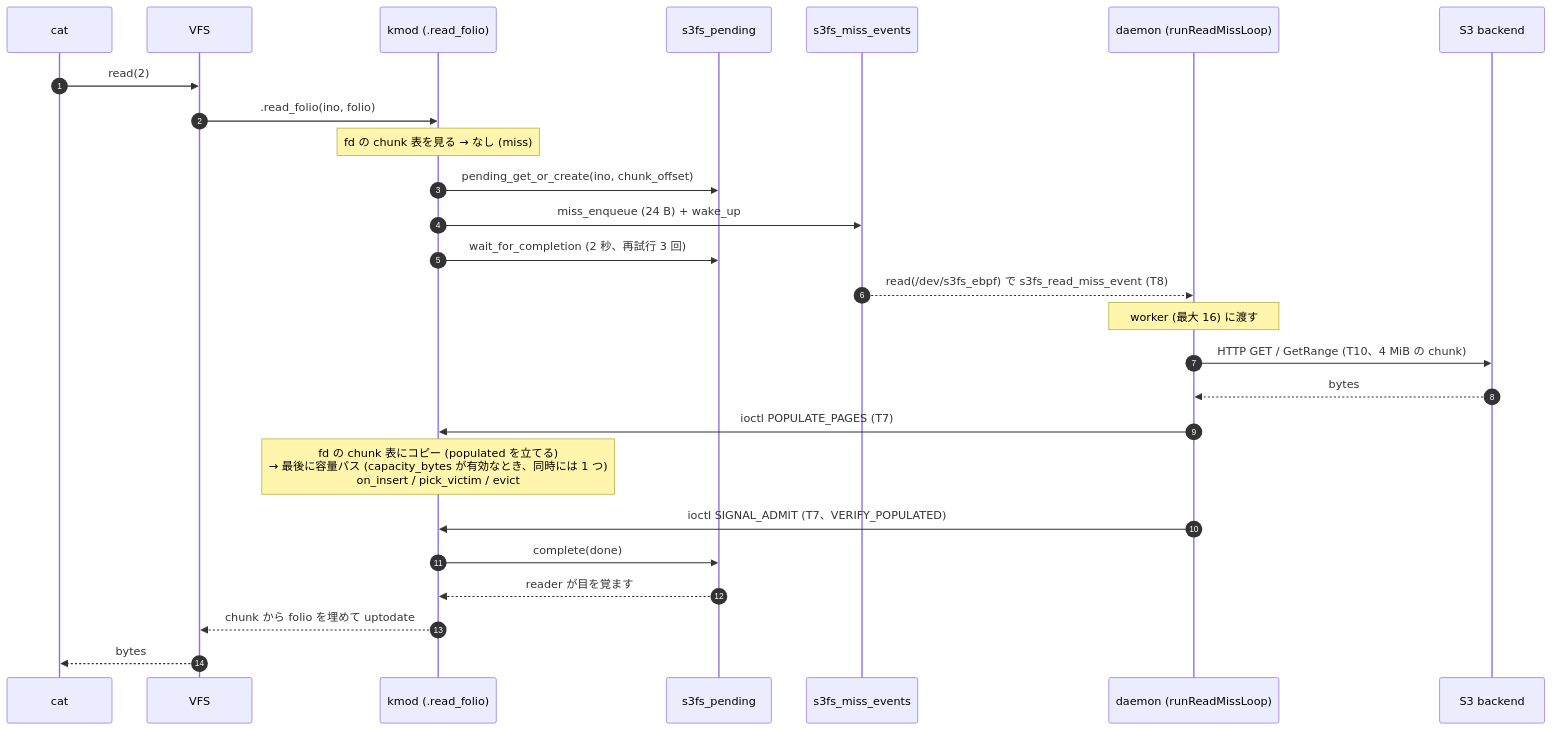
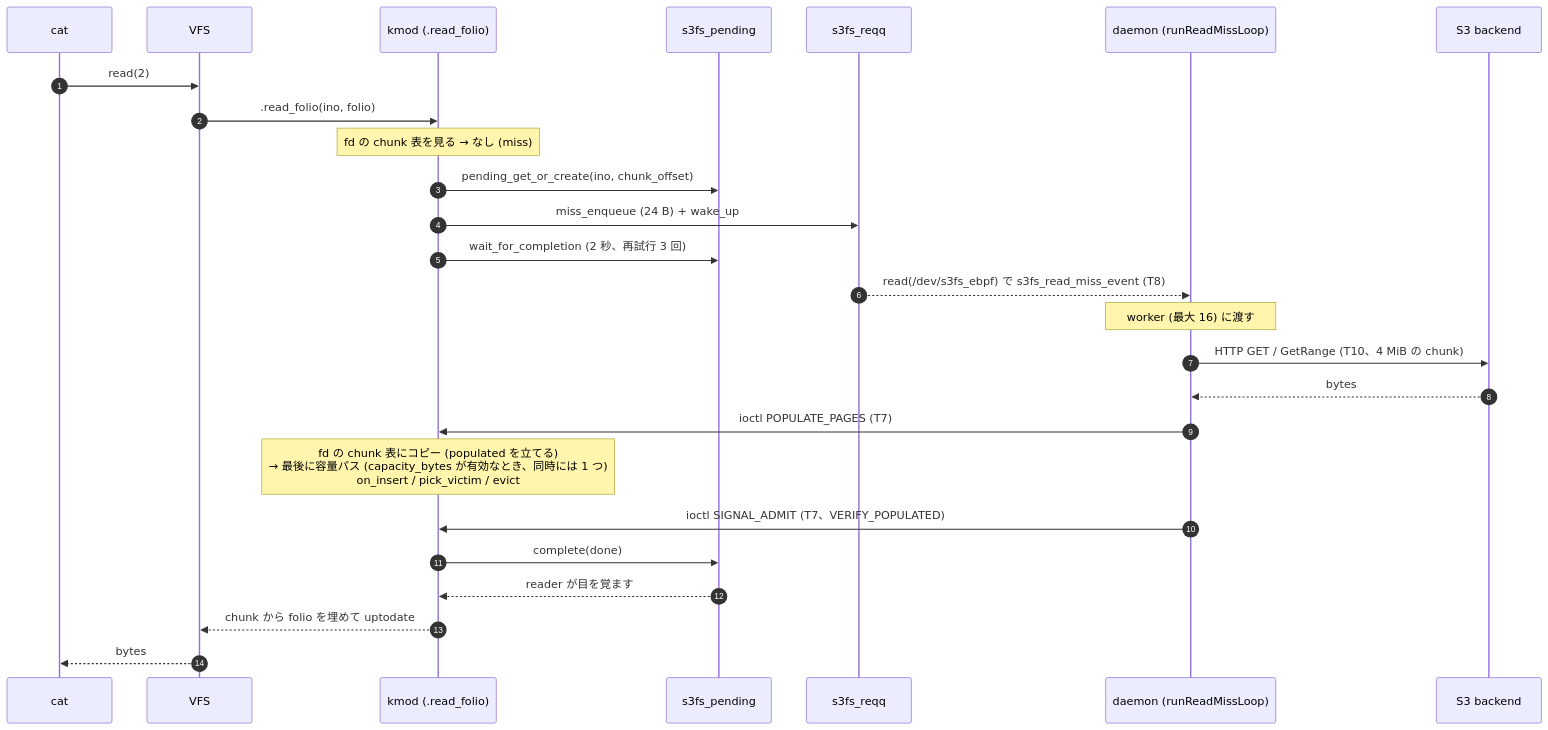
The second of 5 diagrams in docs/design/component-communication.md (masu-mi/s3fs-ebpf), drawn with Mermaid before and after one commit. The commit also changed other lines of this file and 26 other files, not shown here.

First line of the commit message:
v2 Phase 4 (part 2): one request queue (reqq) and one read(2) port for miss / flush / delete / rename

````diff
--- a/docs/design/component-communication.md
+++ b/docs/design/component-communication.md
@@ -158,29 +155,29 @@
 ```mermaid
 sequenceDiagram
     autonumber
     participant App as cat
     participant VFS as VFS
     participant Kmod as kmod (.read_folio)
     participant Pend as s3fs_pending
-    participant MQ as s3fs_miss_events
+    participant MQ as s3fs_reqq
     participant Daemon as daemon (runReadMissLoop)
     participant S3 as S3 backend
 
     App->>VFS: read(2)
     VFS->>Kmod: .read_folio(ino, folio)
     Note over Kmod: fd の chunk 表を見る → なし (miss)
     Kmod->>Pend: pending_get_or_create(ino, chunk_offset)
     Kmod->>MQ: miss_enqueue (24 B) + wake_up
     Kmod->>Pend: wait_for_completion (2 秒、再試行 3 回)
     MQ-->>Daemon: read(/dev/s3fs_ebpf) で s3fs_read_miss_event (T8)
     Note over Daemon: worker (最大 16) に渡す
     Daemon->>S3: HTTP GET / GetRange (T10、4 MiB の chunk)
     S3-->>Daemon: bytes
     Daemon->>Kmod: ioctl POPULATE_PAGES (T7)
     Note over Kmod: fd の chunk 表にコピー (populated を立てる)<br/>→ 最後に容量パス (capacity_bytes が有効なとき、同時には 1 つ)<br/>on_insert / pick_victim / evict
     Daemon->>Kmod: ioctl SIGNAL_ADMIT (T7、VERIFY_POPULATED)
     Kmod->>Pend: complete(done)
     Pend-->>Kmod: reader が目を覚ます
     Kmod-->>VFS: chunk から folio を埋めて uptodate
     VFS-->>App: bytes
 ```
````
